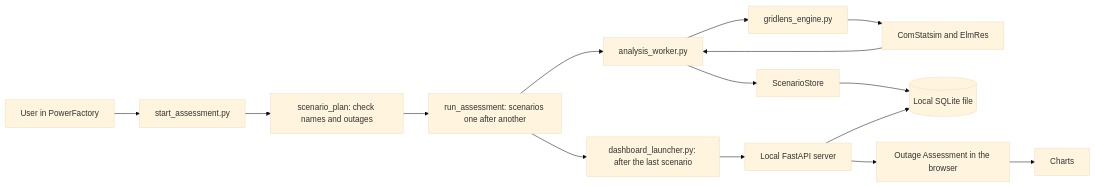
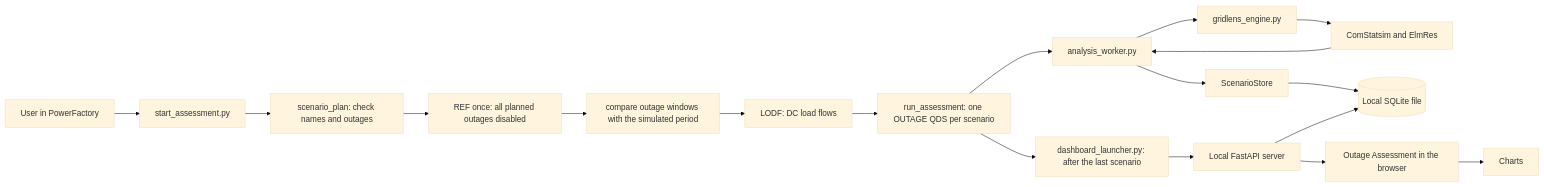
Before and after one commit to hadiibrahim-Engin/nahriva-grid-analysis: the first of 11 diagrams in BIG_PICTURE.md, drawn with Mermaid (base theme). The commit also changed other lines of this file and 45 other files, not shown here.

First line of the commit message:
Refactor LODF calculation and logging; enhance outage scenario handling

````diff
--- a/BIG_PICTURE.md
+++ b/BIG_PICTURE.md
@@ -10,17 +10,20 @@
 ```mermaid
 flowchart LR
     User[User in PowerFactory] --> Entry[start_assessment.py]
     Entry --> Plan[scenario_plan: check names and outages]
-    Plan --> Batch[run_assessment: scenarios one after another]
+    Plan --> Ref[REF once: all planned outages disabled]
+    Ref --> Period[compare outage windows with the simulated period]
+    Period --> Lodf[LODF: DC load flows]
+    Lodf --> Batch[run_assessment: one OUTAGE QDS per scenario]
     Batch --> Worker[analysis_worker.py]
     Worker --> Engine[gridlens_engine.py]
     Engine --> PF[ComStatsim and ElmRes]
     PF --> Worker
     Worker --> Store[ScenarioStore]
     Store --> DB[(Local SQLite file)]
     Batch --> Launcher[dashboard_launcher.py: after the last scenario]
     Launcher --> Server[Local FastAPI server]
     Server --> DB
     Server --> Browser[Outage Assessment in the browser]
     Browser --> Charts[Charts]
 ```
````
